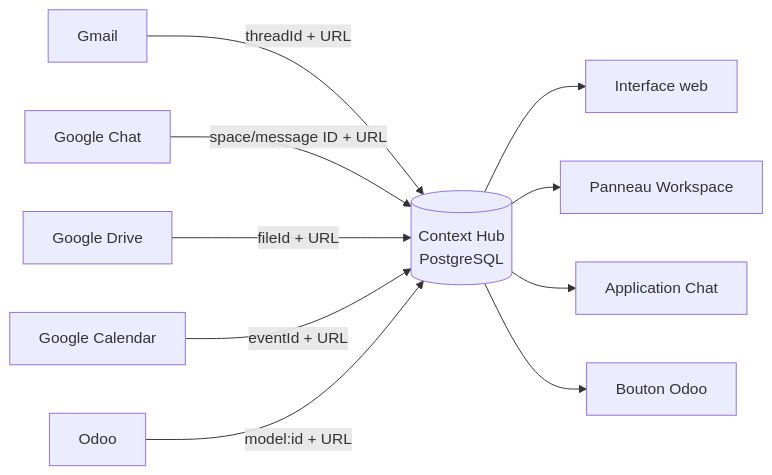
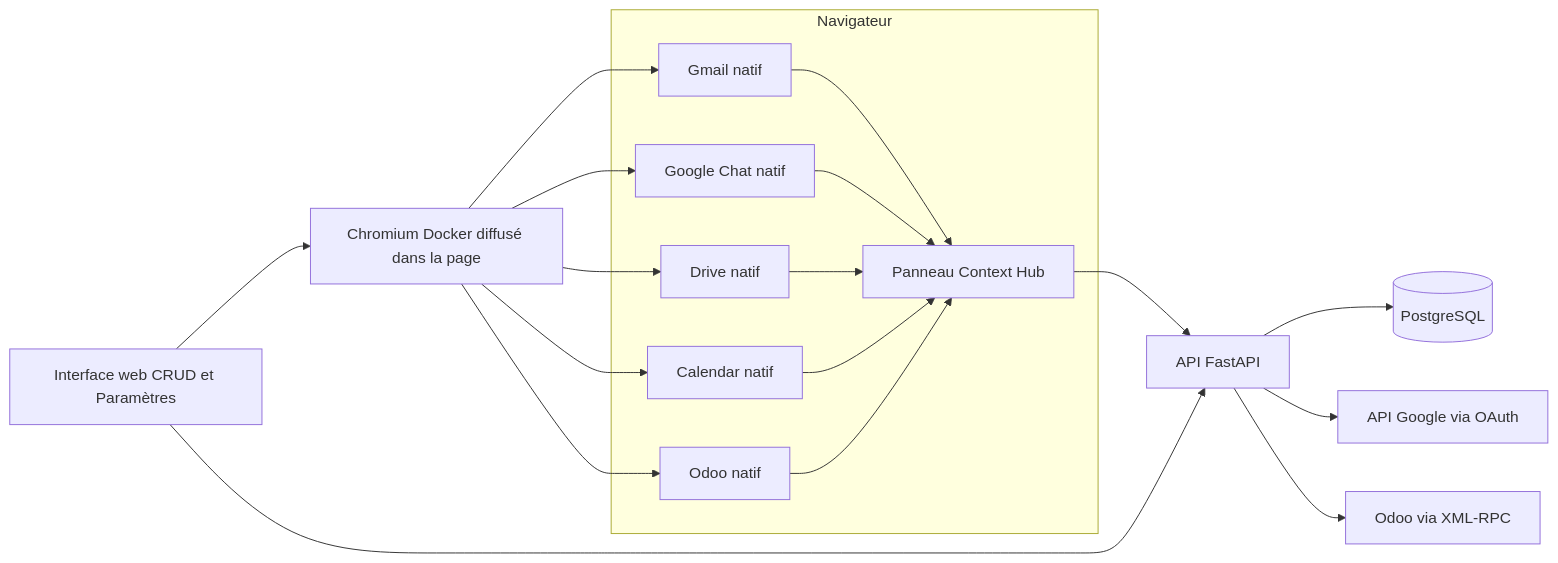
The diagram in docs/ARCHITECTURE.md (Abdoulaye-Mbodj/context-hub), drawn with Mermaid before and after one commit. The commit also changed other lines of this file and 36 other files, not shown here.

Commit message:
feat: integrate workspace apps and simplify context cleanup

````diff
--- a/docs/ARCHITECTURE.md
+++ b/docs/ARCHITECTURE.md
@@ -7,12 +12,28 @@
 ```mermaid
 flowchart LR
-  Gmail[Gmail] -->|threadId + URL| Hub
-  Chat[Google Chat] -->|space/message ID + URL| Hub
-  Drive[Google Drive] -->|fileId + URL| Hub
-  Calendar[Google Calendar] -->|eventId + URL| Hub
-  Odoo[Odoo] -->|model:id + URL| Hub
-  Hub[(Context Hub\nPostgreSQL)] --> Web[Interface web]
-  Hub --> Addon[Panneau Workspace]
-  Hub --> ChatApp[Application Chat]
-  Hub --> OdooButton[Bouton Odoo]
+  subgraph Navigateur
+    Gmail[Gmail natif]
+    Chat[Google Chat natif]
+    Drive[Drive natif]
+    Calendar[Calendar natif]
+    Odoo[Odoo natif]
+    SidePanel[Panneau Context Hub]
+  end
+
+  Gmail --> SidePanel
+  Chat --> SidePanel
+  Drive --> SidePanel
+  Calendar --> SidePanel
+  Odoo --> SidePanel
+  SidePanel --> API[API FastAPI]
+  Web[Interface web CRUD et Paramètres] --> API
+  API --> DB[(PostgreSQL)]
+  API --> Google[API Google via OAuth]
+  API --> OdooAPI[Odoo via XML-RPC]
+  Web --> RemoteBrowser[Chromium Docker diffusé dans la page]
+  RemoteBrowser --> Gmail
+  RemoteBrowser --> Chat
+  RemoteBrowser --> Drive
+  RemoteBrowser --> Calendar
+  RemoteBrowser --> Odoo
 ```
````
